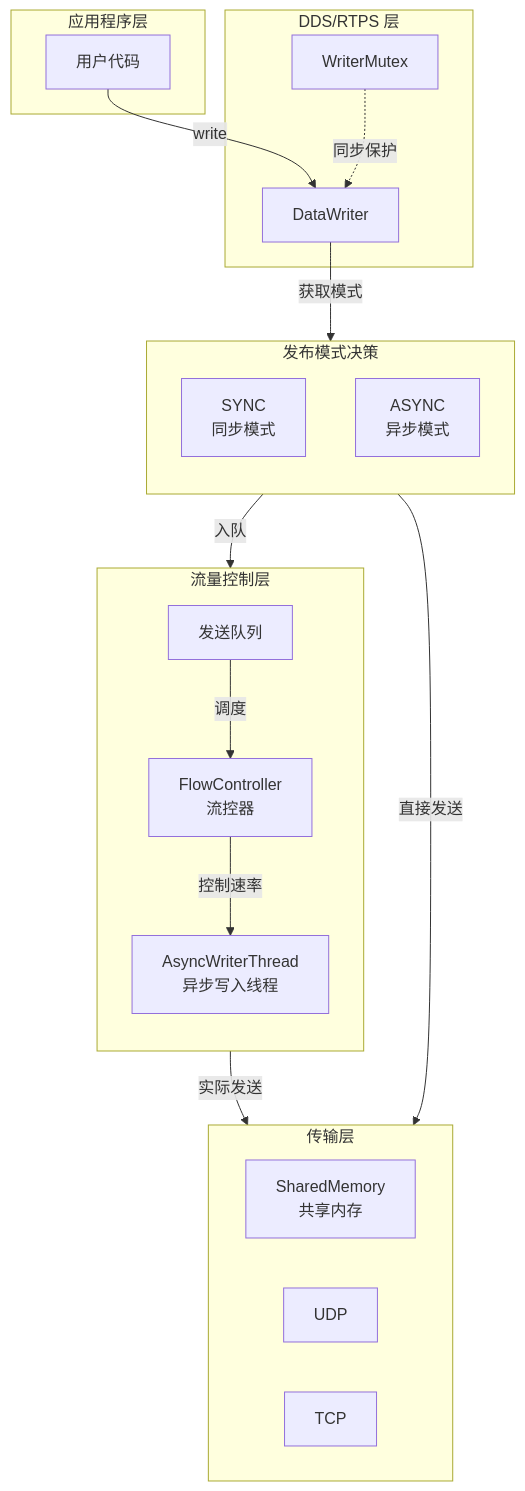
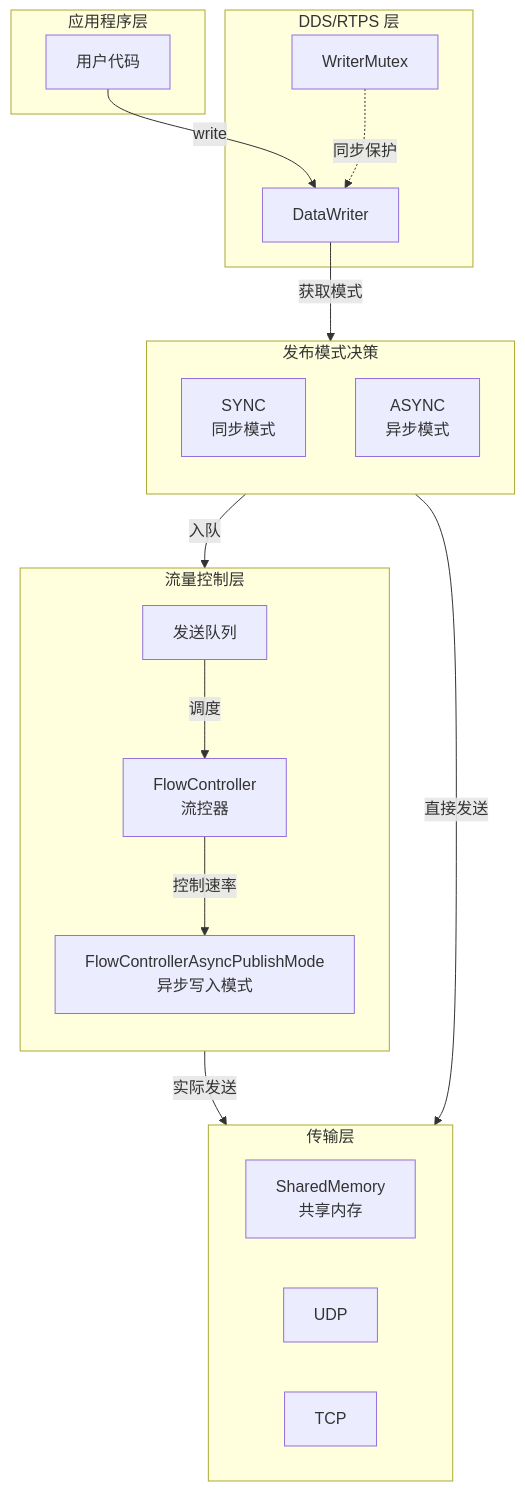
The first of 2 diagrams in 14-Flow-Control.md (hex623/fastdds-notes), drawn with Mermaid before and after one commit. The commit also changed other lines of this file and 7 other files, not shown here.

First line of the commit message:
fix: 修正 AsyncWriterThread 为 FlowControllerAsyncPublishMode

````diff
--- a/14-Flow-Control.md
+++ b/14-Flow-Control.md
@@ -63,39 +71,39 @@
 ```mermaid
 graph TB
     subgraph Application["应用程序层"]
         App["用户代码"]
     end
 
     subgraph DDSLayer["DDS/RTPS 层"]
         DW["DataWriter"]
         WM["WriterMutex"]
     end
 
     subgraph PublishMode["发布模式决策"]
         direction TB
         Sync["SYNC<br/>同步模式"]
         Async["ASYNC<br/>异步模式"]
     end
 
     subgraph FlowControl["流量控制层"]
         direction TB
         FC["FlowController<br/>流控器"]
-        AWT["AsyncWriterThread<br/>异步写入线程"]
+        AWT["FlowControllerAsyncPublishMode<br/>异步写入模式"]
         Queue["发送队列"]
     end
 
     subgraph Transport["传输层"]
         SHM["SharedMemory<br/>共享内存"]
         UDP["UDP"]
         TCP["TCP"]
     end
 
     App -->|write| DW
     DW -->|获取模式| PublishMode
     Sync -->|直接发送| Transport
     Async -->|入队| Queue
     Queue -->|调度| FC
     FC -->|控制速率| AWT
     AWT -->|实际发送| Transport
     WM -.->|同步保护| DW
 ```
````
